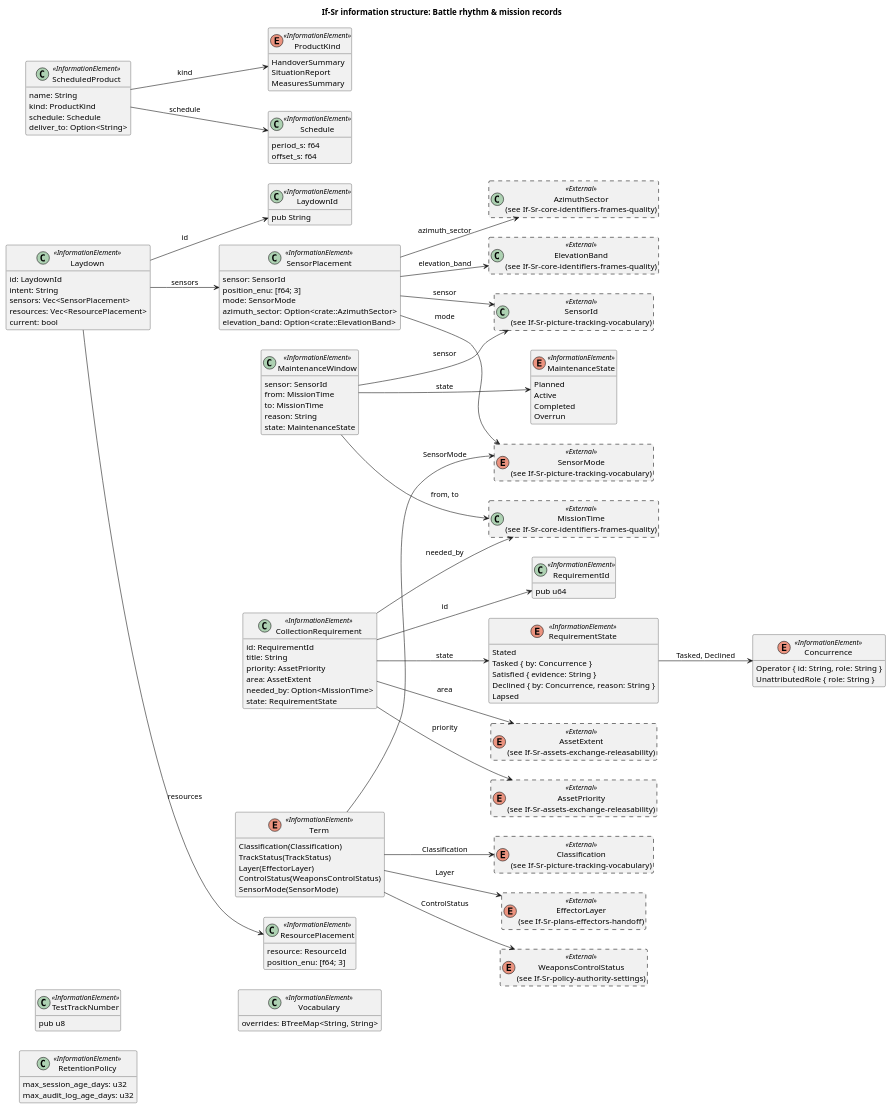
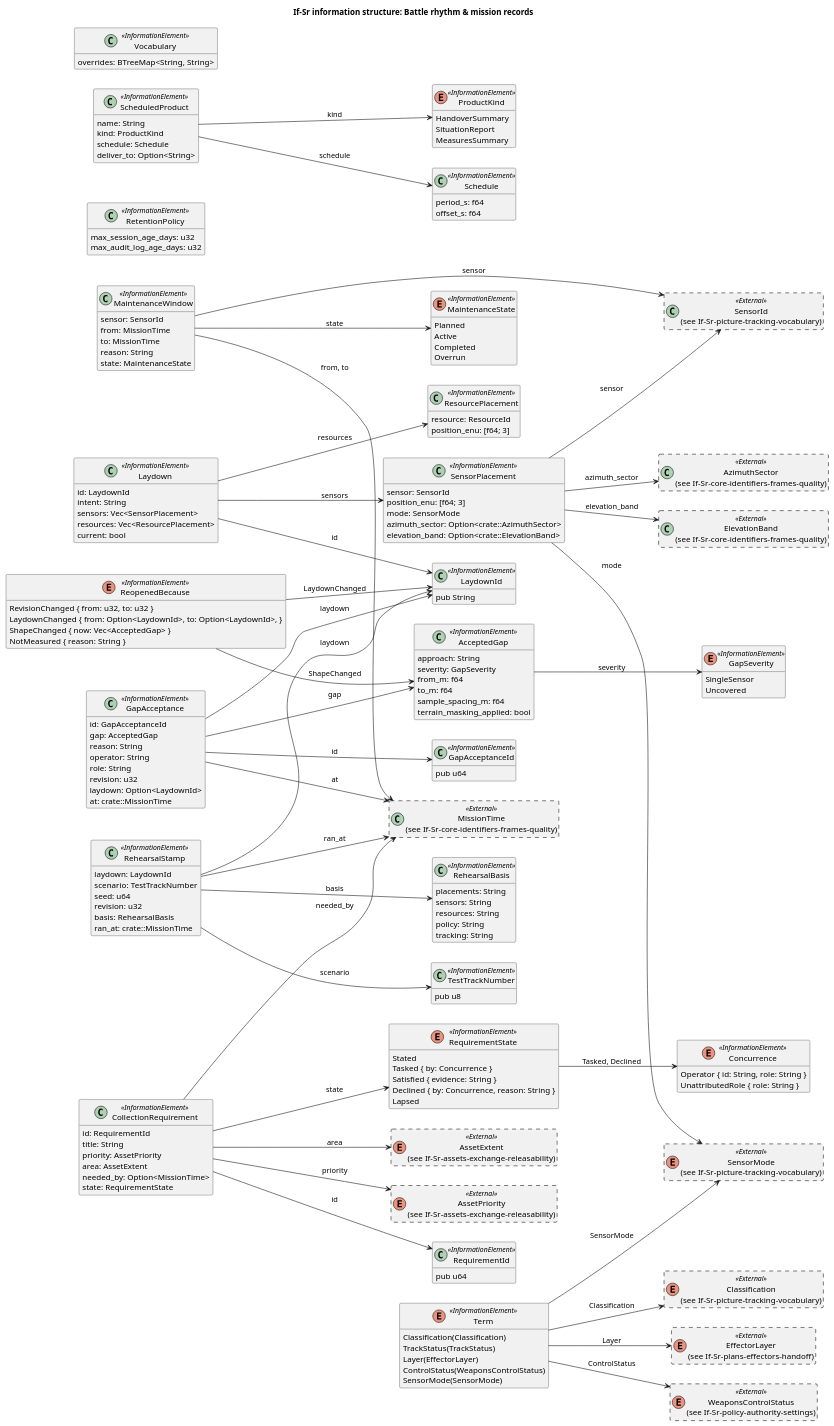
The diagram in docs/architecture/uaf/information/If-Sr-battle-rhythm-mission-records.puml (WayneRoessling/gungnir), drawn with PlantUML before and after one commit. The commit also changed 79 other files, not shown here.

First line of the commit message:
GAP-106, GAP-107: a coverage gap accepted, and a decision told whether its laydown was rehearsed (D-118 to D-120) (#195)

```diff
--- a/docs/architecture/uaf/information/If-Sr-battle-rhythm-mission-records.puml
+++ b/docs/architecture/uaf/information/If-Sr-battle-rhythm-mission-records.puml
@@ -1,136 +1,193 @@
 @startuml If-Sr-battle-rhythm-mission-records
 title If-Sr information structure: Battle rhythm & mission records
 left to right direction
 hide empty members
 skinparam classAttributeIconSize 0
 class "LaydownId" as LaydownId <<InformationElement>> {
   pub String
 }
 class "SensorPlacement" as SensorPlacement <<InformationElement>> {
   sensor: SensorId
   position_enu: [f64; 3]
   mode: SensorMode
   azimuth_sector: Option<crate::AzimuthSector>
   elevation_band: Option<crate::ElevationBand>
 }
 class "ResourcePlacement" as ResourcePlacement <<InformationElement>> {
   resource: ResourceId
   position_enu: [f64; 3]
 }
 class "Laydown" as Laydown <<InformationElement>> {
   id: LaydownId
   intent: String
   sensors: Vec<SensorPlacement>
   resources: Vec<ResourcePlacement>
   current: bool
 }
 class "TestTrackNumber" as TestTrackNumber <<InformationElement>> {
   pub u8
+}
+enum "GapSeverity" as GapSeverity <<InformationElement>> {
+  SingleSensor
+  Uncovered
+}
+class "AcceptedGap" as AcceptedGap <<InformationElement>> {
+  approach: String
+  severity: GapSeverity
+  from_m: f64
+  to_m: f64
+  sample_spacing_m: f64
+  terrain_masking_applied: bool
+}
+class "GapAcceptanceId" as GapAcceptanceId <<InformationElement>> {
+  pub u64
+}
+class "GapAcceptance" as GapAcceptance <<InformationElement>> {
+  id: GapAcceptanceId
+  gap: AcceptedGap
+  reason: String
+  operator: String
+  role: String
+  revision: u32
+  laydown: Option<LaydownId>
+  at: crate::MissionTime
+}
+enum "ReopenedBecause" as ReopenedBecause <<InformationElement>> {
+  RevisionChanged { from: u32, to: u32 }
+  LaydownChanged { from: Option<LaydownId>, to: Option<LaydownId>, }
+  ShapeChanged { now: Vec<AcceptedGap> }
+  NotMeasured { reason: String }
+}
+class "RehearsalBasis" as RehearsalBasis <<InformationElement>> {
+  placements: String
+  sensors: String
+  resources: String
+  policy: String
+  tracking: String
+}
+class "RehearsalStamp" as RehearsalStamp <<InformationElement>> {
+  laydown: LaydownId
+  scenario: TestTrackNumber
+  seed: u64
+  revision: u32
+  basis: RehearsalBasis
+  ran_at: crate::MissionTime
 }
 class "RequirementId" as RequirementId <<InformationElement>> {
   pub u64
 }
 enum "Concurrence" as Concurrence <<InformationElement>> {
   Operator { id: String, role: String }
   UnattributedRole { role: String }
 }
 class "CollectionRequirement" as CollectionRequirement <<InformationElement>> {
   id: RequirementId
   title: String
   priority: AssetPriority
   area: AssetExtent
   needed_by: Option<MissionTime>
   state: RequirementState
 }
 enum "RequirementState" as RequirementState <<InformationElement>> {
   Stated
   Tasked { by: Concurrence }
   Satisfied { evidence: String }
   Declined { by: Concurrence, reason: String }
   Lapsed
 }
 class "RetentionPolicy" as RetentionPolicy <<InformationElement>> {
   max_session_age_days: u32
   max_audit_log_age_days: u32
 }
 class "ScheduledProduct" as ScheduledProduct <<InformationElement>> {
   name: String
   kind: ProductKind
   schedule: Schedule
   deliver_to: Option<String>
 }
 enum "ProductKind" as ProductKind <<InformationElement>> {
   HandoverSummary
   SituationReport
   MeasuresSummary
 }
 class "Schedule" as Schedule <<InformationElement>> {
   period_s: f64
   offset_s: f64
 }
 class "MaintenanceWindow" as MaintenanceWindow <<InformationElement>> {
   sensor: SensorId
   from: MissionTime
   to: MissionTime
   reason: String
   state: MaintenanceState
 }
 enum "MaintenanceState" as MaintenanceState <<InformationElement>> {
   Planned
   Active
   Completed
   Overrun
 }
 enum "Term" as Term <<InformationElement>> {
   Classification(Classification)
   TrackStatus(TrackStatus)
   Layer(EffectorLayer)
   ControlStatus(WeaponsControlStatus)
   SensorMode(SensorMode)
 }
 class "Vocabulary" as Vocabulary <<InformationElement>> {
   overrides: BTreeMap<String, String>
 }
 enum "AssetExtent\n(see If-Sr-assets-exchange-releasability)" as AssetExtent <<External>> #line.dashed {
 }
 enum "AssetPriority\n(see If-Sr-assets-exchange-releasability)" as AssetPriority <<External>> #line.dashed {
 }
 class "AzimuthSector\n(see If-Sr-core-identifiers-frames-quality)" as AzimuthSector <<External>> #line.dashed {
 }
 enum "Classification\n(see If-Sr-picture-tracking-vocabulary)" as Classification <<External>> #line.dashed {
 }
 enum "EffectorLayer\n(see If-Sr-plans-effectors-handoff)" as EffectorLayer <<External>> #line.dashed {
 }
 class "ElevationBand\n(see If-Sr-core-identifiers-frames-quality)" as ElevationBand <<External>> #line.dashed {
 }
 class "MissionTime\n(see If-Sr-core-identifiers-frames-quality)" as MissionTime <<External>> #line.dashed {
 }
 class "SensorId\n(see If-Sr-picture-tracking-vocabulary)" as SensorId <<External>> #line.dashed {
 }
 enum "SensorMode\n(see If-Sr-picture-tracking-vocabulary)" as SensorMode <<External>> #line.dashed {
 }
 enum "WeaponsControlStatus\n(see If-Sr-policy-authority-settings)" as WeaponsControlStatus <<External>> #line.dashed {
 }
 SensorPlacement --> AzimuthSector : azimuth_sector
 SensorPlacement --> ElevationBand : elevation_band
 SensorPlacement --> SensorId : sensor
 SensorPlacement --> SensorMode : mode
 Laydown --> LaydownId : id
 Laydown --> ResourcePlacement : resources
 Laydown --> SensorPlacement : sensors
+AcceptedGap --> GapSeverity : severity
+GapAcceptance --> AcceptedGap : gap
+GapAcceptance --> GapAcceptanceId : id
+GapAcceptance --> LaydownId : laydown
+GapAcceptance --> MissionTime : at
+ReopenedBecause --> AcceptedGap : ShapeChanged
+ReopenedBecause --> LaydownId : LaydownChanged
+RehearsalStamp --> LaydownId : laydown
+RehearsalStamp --> MissionTime : ran_at
+RehearsalStamp --> RehearsalBasis : basis
+RehearsalStamp --> TestTrackNumber : scenario
 CollectionRequirement --> AssetExtent : area
 CollectionRequirement --> AssetPriority : priority
 CollectionRequirement --> MissionTime : needed_by
 CollectionRequirement --> RequirementId : id
 CollectionRequirement --> RequirementState : state
 RequirementState --> Concurrence : Tasked, Declined
 ScheduledProduct --> ProductKind : kind
 ScheduledProduct --> Schedule : schedule
 MaintenanceWindow --> MaintenanceState : state
 MaintenanceWindow --> MissionTime : from, to
 MaintenanceWindow --> SensorId : sensor
 Term --> Classification : Classification
 Term --> EffectorLayer : Layer
 Term --> SensorMode : SensorMode
 Term --> WeaponsControlStatus : ControlStatus
 @enduml
```
